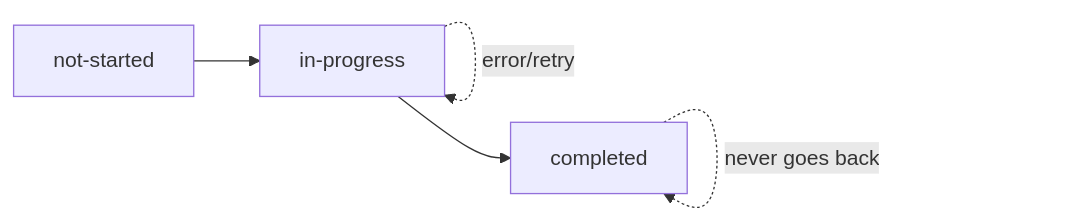
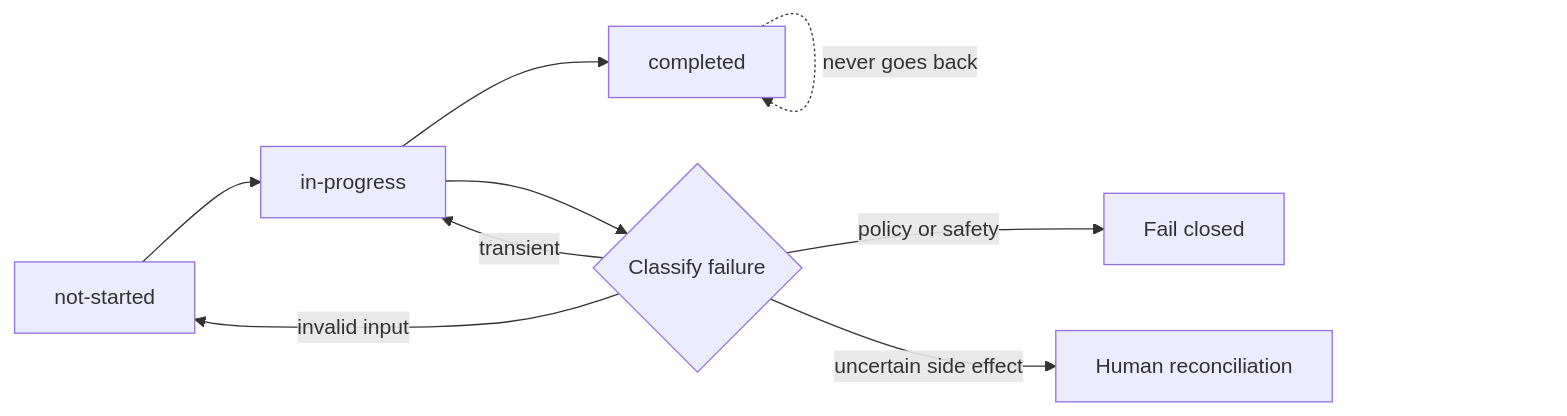
The eighth of 8 diagrams in docs/SKILLS-FLOW-MAP.md (jkarasha/Azure-Healthcare-Marketplace-Demo), drawn with Mermaid before and after one commit. The commit also changed other lines of this file, not shown here.

````diff
--- a/docs/SKILLS-FLOW-MAP.md
+++ b/docs/SKILLS-FLOW-MAP.md
@@ -194,7 +227,11 @@
 ```mermaid
 flowchart LR
     NS[not-started] --> IP[in-progress]
     IP --> C[completed]
-    IP -.->|error/retry| IP
+    IP --> CLASSIFY{Classify failure}
+    CLASSIFY -->|transient| IP
+    CLASSIFY -->|invalid input| NS
+    CLASSIFY -->|policy or safety| STOP[Fail closed]
+    CLASSIFY -->|uncertain side effect| HUMAN[Human reconciliation]
     C -.->|never goes back| C
 ```
````
